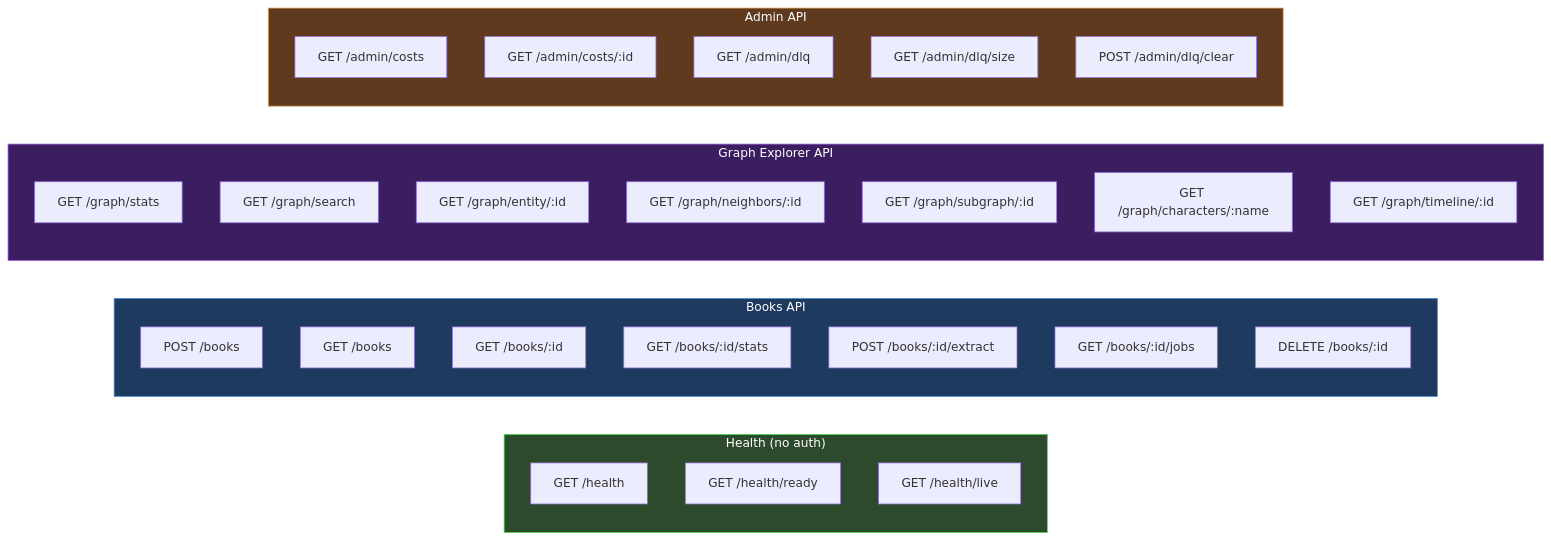
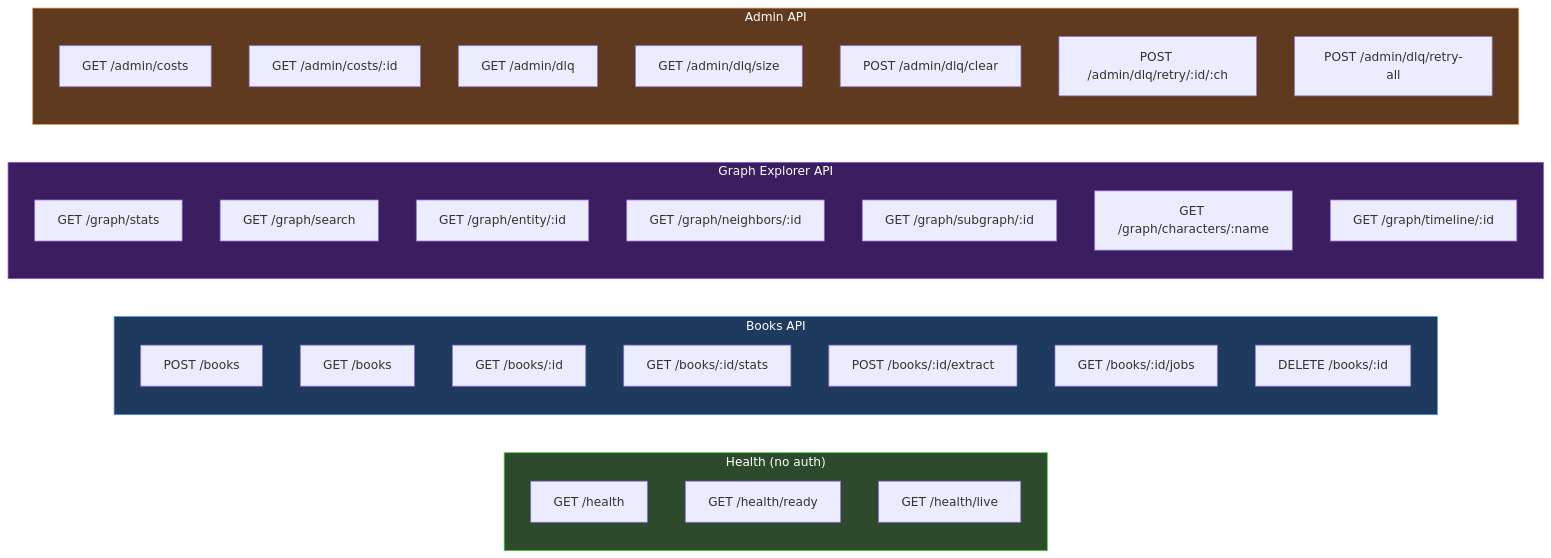
The diagram in docs/api-reference.md (xairon/WorldRAG), drawn with Mermaid before and after one commit. The commit also changed other lines of this file and 7 other files, not shown here.

````diff
--- a/docs/api-reference.md
+++ b/docs/api-reference.md
@@ -548,41 +600,43 @@
 ```mermaid
 graph LR
     subgraph Health["Health (no auth)"]
         H1["GET /health"]
         H2["GET /health/ready"]
         H3["GET /health/live"]
     end
 
     subgraph Books["Books API"]
         B1["POST /books"]
         B2["GET /books"]
         B3["GET /books/:id"]
         B4["GET /books/:id/stats"]
         B5["POST /books/:id/extract"]
         B6["GET /books/:id/jobs"]
         B7["DELETE /books/:id"]
     end
 
     subgraph Graph["Graph Explorer API"]
         G1["GET /graph/stats"]
         G2["GET /graph/search"]
         G3["GET /graph/entity/:id"]
         G4["GET /graph/neighbors/:id"]
         G5["GET /graph/subgraph/:id"]
         G6["GET /graph/characters/:name"]
         G7["GET /graph/timeline/:id"]
     end
 
     subgraph Admin["Admin API"]
         A1["GET /admin/costs"]
         A2["GET /admin/costs/:id"]
         A3["GET /admin/dlq"]
         A4["GET /admin/dlq/size"]
         A5["POST /admin/dlq/clear"]
+        A6["POST /admin/dlq/retry/:id/:ch"]
+        A7["POST /admin/dlq/retry-all"]
     end
 
     style Health fill:#2d4a2d,stroke:#4ad94a,color:#fff
     style Books fill:#1e3a5f,stroke:#4a90d9,color:#fff
     style Graph fill:#3a1e5f,stroke:#9a4ad9,color:#fff
     style Admin fill:#5f3a1e,stroke:#d99a4a,color:#fff
 ```
````
